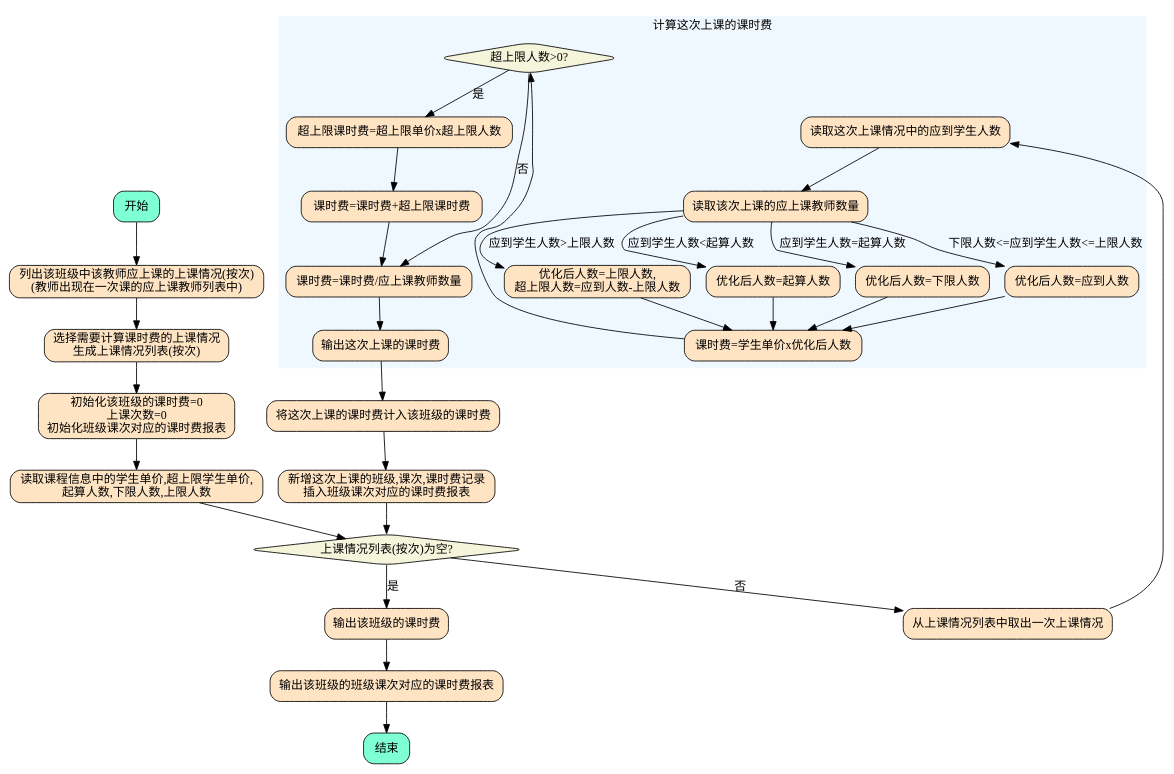
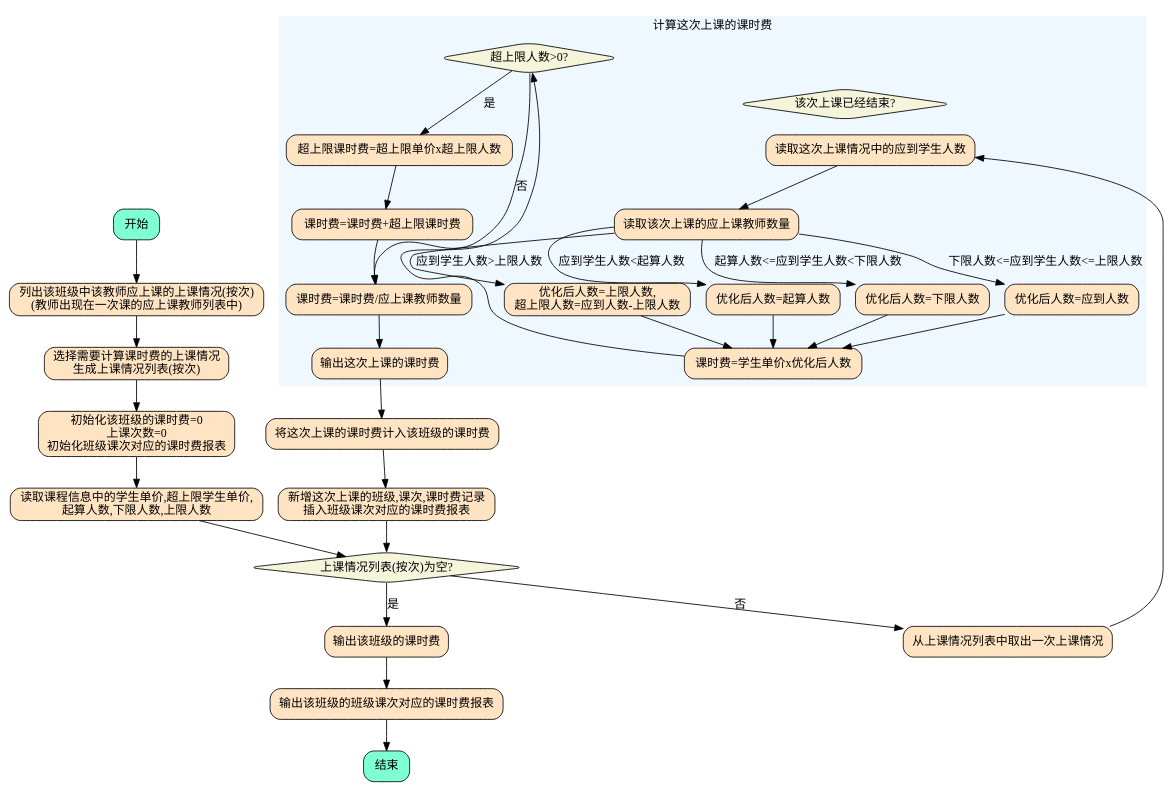
The diagram in management-system/hr/pay/pay-for-class/svg/02.dot (diandian888/mx-requirements), drawn with Graphviz before and after one commit. The commit also changed 1 other file, not shown here.

Commit message:
Fix 起算人数<=应到学生人数<下限人数

```diff
--- a/management-system/hr/pay/pay-for-class/svg/02.dot
+++ b/management-system/hr/pay/pay-for-class/svg/02.dot
@@ -1,71 +1,72 @@
 digraph {
     node [shape="box", style="rounded,filled", fillcolor="aquamarine"]
         start[label="开始"];
         end[label="结束"];
 
     node [shape="box", style="rounded,filled", fillcolor="bisque"]
         s1[label="列出该班级中该教师应上课的上课情况(按次)\n(教师出现在一次课的应上课教师列表中)"];
         s2[label="选择需要计算课时费的上课情况\n生成上课情况列表(按次)"];
         s3[label="初始化该班级的课时费=0\n上课次数=0\n初始化班级课次对应的课时费报表"];
         s4[label="读取课程信息中的学生单价,超上限学生单价,\n起算人数,下限人数,上限人数"];
         s_c1_y1[label="输出该班级的课时费"];
         s_c1_y2[label="输出该班级的班级课次对应的课时费报表"];
         s_c1_n1[label="从上课情况列表中取出一次上课情况"];
         s_c1_n2[label="将这次上课的课时费计入该班级的课时费"];
         s_c1_n3[label="新增这次上课的班级,课次,课时费记录\n插入班级课次对应的课时费报表"];
     
     node [shape="diamond", style="rounded,filled", fillcolor="beige"]
         c1[label="上课情况列表(按次)为空?"];
 
     subgraph cluster1 {
         label="计算这次上课的课时费";
         style="filled";
         color="aliceblue";
 
         node [shape="box", style="rounded,filled", fillcolor="bisque"]
             sub1_s1[label="读取这次上课情况中的应到学生人数"];
             sub1_s2[label="读取该次上课的应上课教师数量"];
             sub1_s3_a[label="优化后人数=起算人数"];
             sub1_s3_b[label="优化后人数=下限人数"];
             sub1_s3_c[label="优化后人数=应到人数"];
             sub1_s3_d[label="优化后人数=上限人数,\n超上限人数=应到人数-上限人数"];
             sub1_s4[label="课时费=学生单价x优化后人数"];
-            sub1_c1_y1[label="超上限课时费=超上限单价x超上限人数"];
-            sub1_c1_y2[label="课时费=课时费+超上限课时费"];
+            sub1_c2_y1[label="超上限课时费=超上限单价x超上限人数"];
+            sub1_c2_y2[label="课时费=课时费+超上限课时费"];
             sub1_s5[label="课时费=课时费/应上课教师数量"];
             sub1_s6[label="输出这次上课的课时费"];
         
         node [shape="diamond", style="rounded,filled", fillcolor="beige"]
-            sub1_c1[label="超上限人数>0?"];
+            sub1_c1[label="该次上课已经结束?"];
+            sub1_c2[label="超上限人数>0?"];
 
         sub1_s1 -> sub1_s2;
         sub1_s2 -> sub1_s3_a[label="应到学生人数<起算人数"];
-        sub1_s2 -> sub1_s3_b[label="应到学生人数=起算人数"];
+        sub1_s2 -> sub1_s3_b[label="起算人数<=应到学生人数<下限人数"];
         sub1_s2 -> sub1_s3_c[label="下限人数<=应到学生人数<=上限人数"];
         sub1_s2 -> sub1_s3_d[label="应到学生人数>上限人数"];
         sub1_s3_a -> sub1_s4;
         sub1_s3_b -> sub1_s4;
         sub1_s3_c -> sub1_s4;
         sub1_s3_d -> sub1_s4;
 
-        sub1_s4 -> sub1_c1;
-        sub1_c1 -> sub1_c1_y1[label="是"];
-        sub1_c1 -> sub1_s5[label="否"];
+        sub1_s4 -> sub1_c2;
+        sub1_c2 -> sub1_c2_y1[label="是"];
+        sub1_c2 -> sub1_s5[label="否"];
 
-        sub1_c1_y1 -> sub1_c1_y2 -> sub1_s5
+        sub1_c2_y1 -> sub1_c2_y2 -> sub1_s5
         sub1_s5 -> sub1_s6;
 
         {rank=same sub1_s3_a sub1_s3_b sub1_s3_c sub1_s3_d}
         {rank=max sub1_s4}
     }
     start -> s1 -> s2 -> s3 -> s4 -> c1;
 
     c1 -> s_c1_y1[label="是"];
     c1 -> s_c1_n1[label="否"];
 
     s_c1_y1 -> s_c1_y2 -> end;
     s_c1_n1 -> sub1_s1;
 
     sub1_s6 -> s_c1_n2;
     s_c1_n2 -> s_c1_n3 -> c1; 
 }
```
